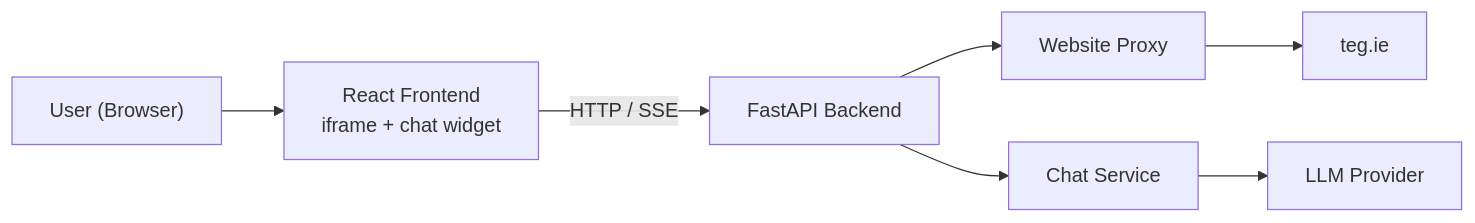
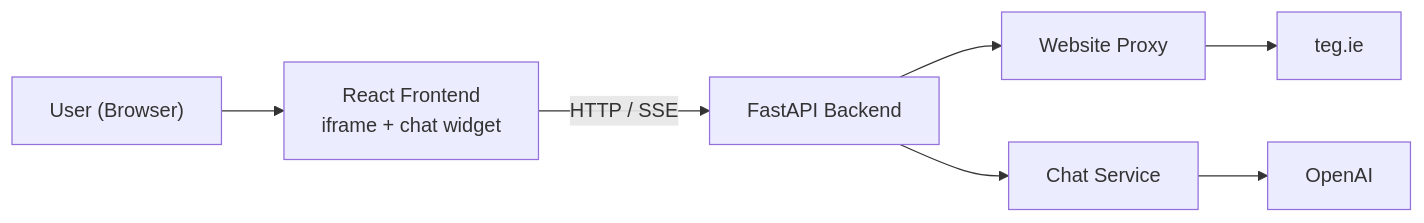
One commit to godlyfoc/teg-chatbot changed the diagram in README.md. Above: the diagram before and after it, drawn with Mermaid. The commit also changed other lines of this file and 32 other files, not shown here.

````diff
--- a/README.md
+++ b/README.md
@@ -11,9 +11,9 @@
 ```mermaid
 graph LR
     User["User (Browser)"] --> FE["React Frontend<br/>iframe + chat widget"]
     FE -->|HTTP / SSE| API["FastAPI Backend"]
     API --> Proxy["Website Proxy"]
     API --> CS["Chat Service"]
     Proxy --> TEG["teg.ie"]
-    CS --> LLM["LLM Provider"]
+    CS --> LLM["OpenAI"]
 ```
````
